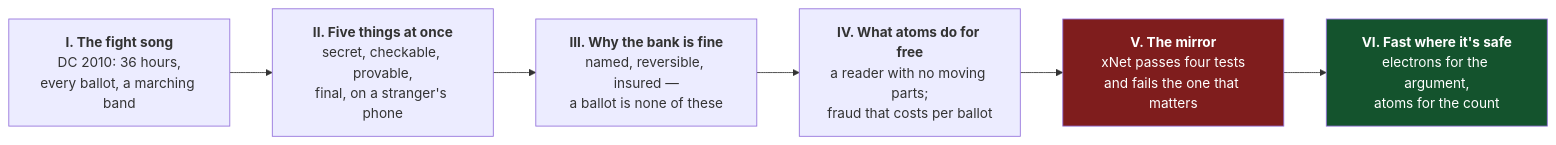
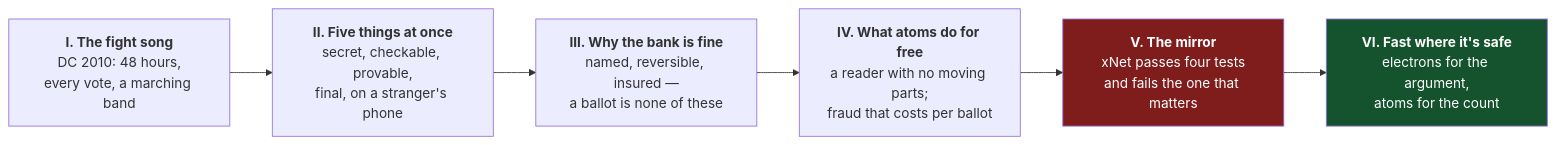
The third of 4 diagrams in docs/explorations/0463_[_]_BLOG_POST_ATOMS_FOR_THE_BALLOT_DIGITAL_VOTING_AND_OPEN_SOURCE_SECURITY.md (crs48/xNet), drawn with Mermaid before and after one commit. The commit also changed other lines of this file, not shown here.

````diff
--- a/docs/explorations/0463_[_]_BLOG_POST_ATOMS_FOR_THE_BALLOT_DIGITAL_VOTING_AND_OPEN_SOURCE_SECURITY.md
+++ b/docs/explorations/0463_[_]_BLOG_POST_ATOMS_FOR_THE_BALLOT_DIGITAL_VOTING_AND_OPEN_SOURCE_SECURITY.md
@@ -583,12 +596,12 @@
 ```mermaid
 flowchart LR
-    A["<b>I. The fight song</b><br/>DC 2010: 36 hours,<br/>every ballot, a marching band"]
+    A["<b>I. The fight song</b><br/>DC 2010: 48 hours,<br/>every vote, a marching band"]
     B["<b>II. Five things at once</b><br/>secret, checkable, provable,<br/>final, on a stranger's phone"]
     C["<b>III. Why the bank is fine</b><br/>named, reversible, insured —<br/>a ballot is none of these"]
     D["<b>IV. What atoms do for free</b><br/>a reader with no moving parts;<br/>fraud that costs per ballot"]
     E["<b>V. The mirror</b><br/>xNet passes four tests<br/>and fails the one that matters"]
     F["<b>VI. Fast where it's safe</b><br/>electrons for the argument,<br/>atoms for the count"]
     A --> B --> C --> D --> E --> F
     style E fill:#7f1d1d,color:#fff
     style F fill:#14532d,color:#fff
 ```
````
